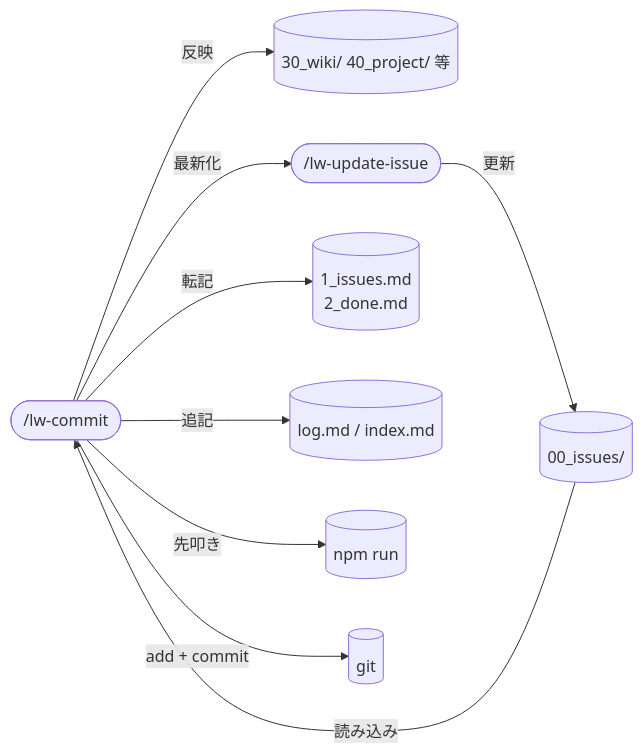
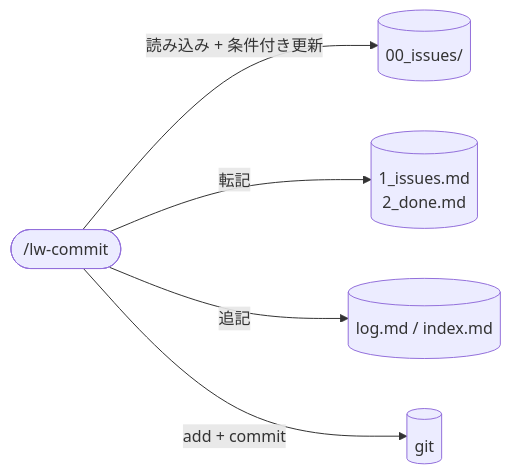
One commit to yu-takahas/llm-wiki-kit changed the diagram in docs/lw-kit/40_スキル設計/lw-kit-スキル設計-lw-commit.md. Above: the diagram before and after it, drawn with Mermaid. The commit also changed other lines of this file and 14 other files, not shown here.

First line of the commit message:
feat(lw-kit): lw-commit を 3 ステップに畳み、設計書と配布 skill を追従させる

````diff
--- a/docs/lw-kit/40_スキル設計/lw-kit-スキル設計-lw-commit.md
+++ b/docs/lw-kit/40_スキル設計/lw-kit-スキル設計-lw-commit.md
@@ -24,11 +27,7 @@
 ```mermaid
 graph LR
-    skill(["/lw-commit"]) -->|"反映"| feedback[("30_wiki/ 40_project/ 等")]
-    issues[("00_issues/")] -->|"読み込み"| skill
-    skill -->|"最新化"| update(["/lw-update-issue"])
-    update -->|"更新"| issues
+    skill(["/lw-commit"]) -->|"読み込み + 条件付き更新"| issues[("00_issues/")]
     skill -->|"転記"| board[("1_issues.md<br/>2_done.md")]
     skill -->|"追記"| log[("log.md / index.md")]
-    skill -->|"先叩き"| npm[("npm run")]
     skill -->|"add + commit"| git[("git")]
 ```
````
